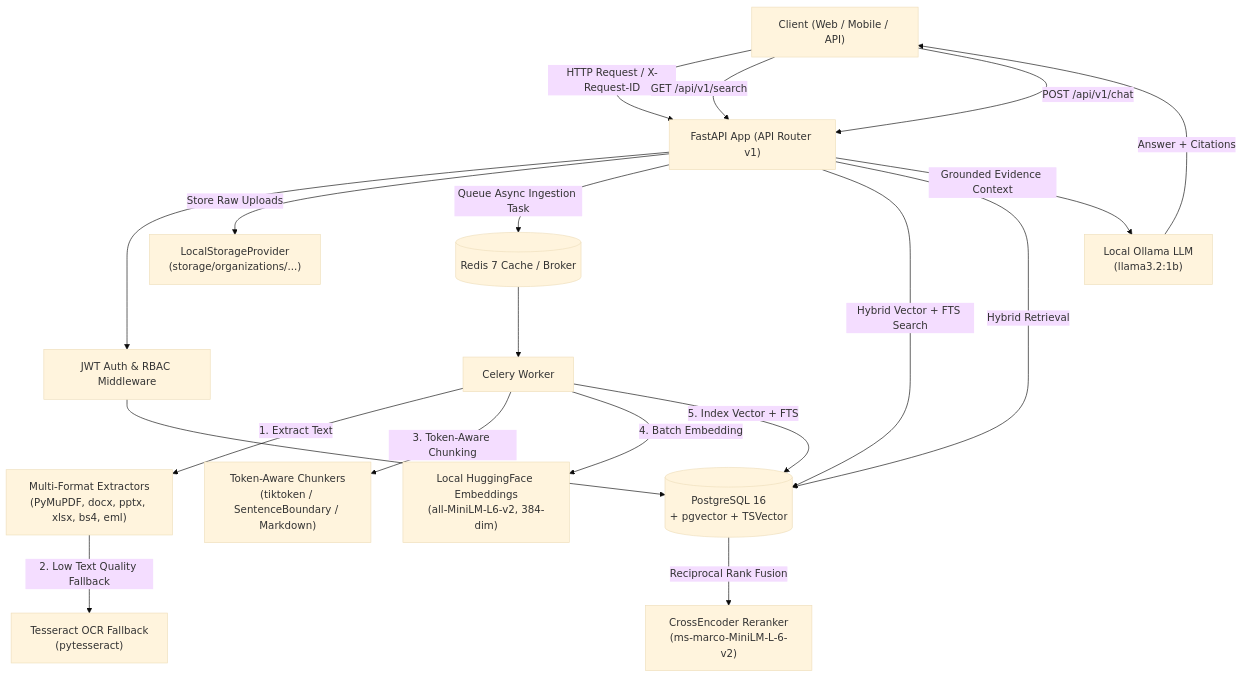
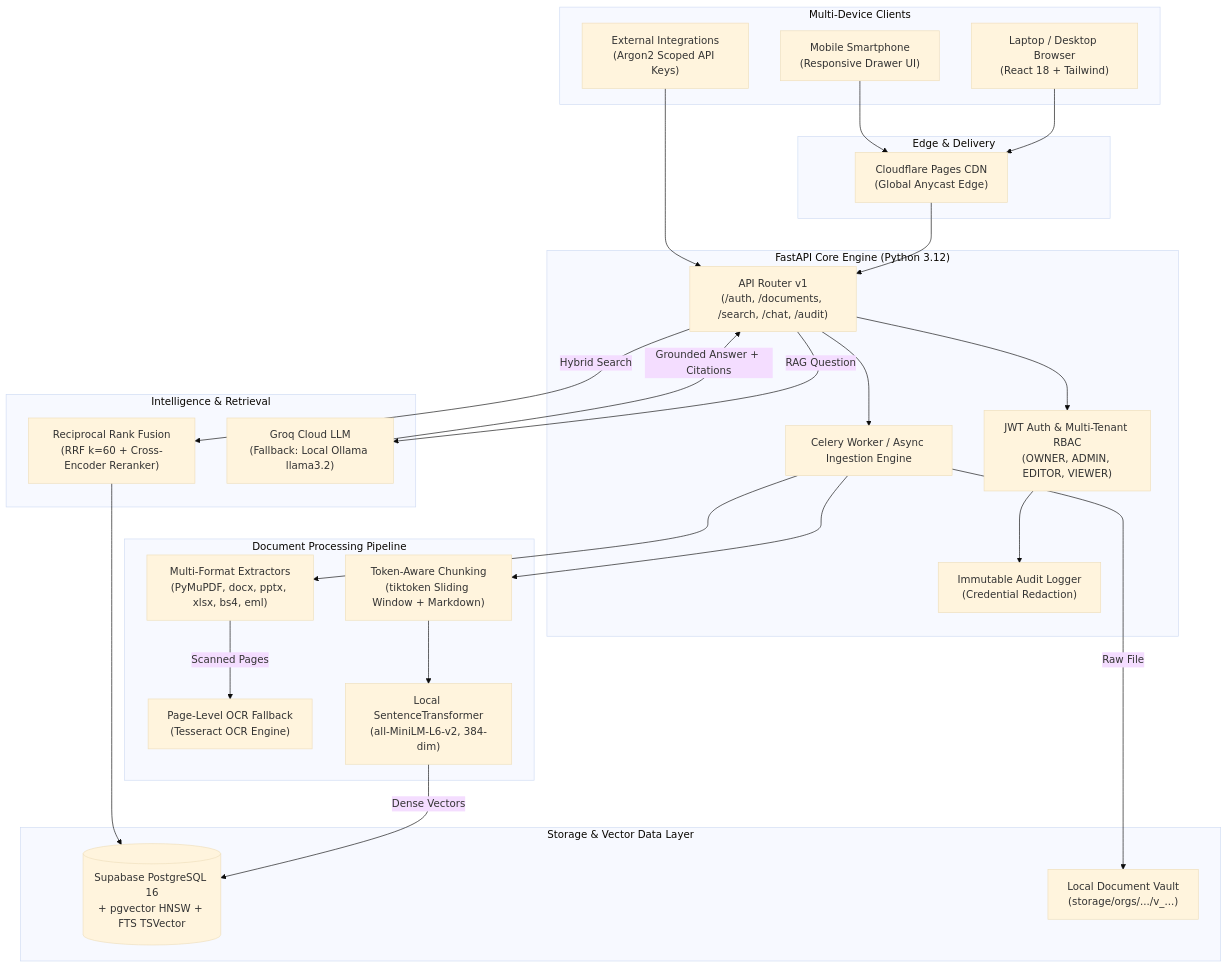
Before and after one commit to rithvikkaki/Enterprise-Document-Intelligence-Assistant: the diagram in README.md, drawn with Mermaid (base theme). The commit also changed other lines of this file and 44 other files, not shown here.

Commit message:
feat: complete Enterprise Document Intelligence Assistant with live Supabase pgvector, Groq Cloud RAG, responsive UI and E2E verification

````diff
--- a/README.md
+++ b/README.md
@@ -9,39 +27,57 @@
 ```mermaid
 flowchart TD
-    Client["Client (Web / Mobile / API)"]
-    FastAPI["FastAPI App (API Router v1)"]
-    Auth["JWT Auth & RBAC Middleware"]
-    Storage["LocalStorageProvider\n(storage/organizations/...)"]
-    DB[(PostgreSQL 16\n+ pgvector + TSVector)]
-    Redis[(Redis 7 Cache / Broker)]
-    Celery["Celery Worker"]
-    
-    Extractors["Multi-Format Extractors\n(PyMuPDF, docx, pptx, xlsx, bs4, eml)"]
-    OCR["Tesseract OCR Fallback\n(pytesseract)"]
-    Chunker["Token-Aware Chunkers\n(tiktoken / SentenceBoundary / Markdown)"]
-    Embedder["Local HuggingFace Embeddings\n(all-MiniLM-L6-v2, 384-dim)"]
-    Reranker["CrossEncoder Reranker\n(ms-marco-MiniLM-L-6-v2)"]
-    LLM["Local Ollama LLM\n(llama3.2:1b)"]
+    subgraph Clients["Multi-Device Clients"]
+        Web["Laptop / Desktop Browser\n(React 18 + Tailwind)"]
+        Mobile["Mobile Smartphone\n(Responsive Drawer UI)"]
+        API["External Integrations\n(Argon2 Scoped API Keys)"]
+    end
 
-    Client -->|HTTP Request / X-Request-ID| FastAPI
-    FastAPI --> Auth
-    Auth --> DB
-    FastAPI -->|Store Raw Uploads| Storage
-    FastAPI -->|Queue Async Ingestion Task| Redis
-    Redis --> Celery
-    
-    Celery -->|1. Extract Text| Extractors
-    Extractors -->|2. Low Text Quality Fallback| OCR
-    Celery -->|3. Token-Aware Chunking| Chunker
-    Celery -->|4. Batch Embedding| Embedder
-    Celery -->|5. Index Vector + FTS| DB
+    subgraph CDN["Edge & Delivery"]
+        CF["Cloudflare Pages CDN\n(Global Anycast Edge)"]
+    end
 
-    Client -->|GET /api/v1/search| FastAPI
-    FastAPI -->|Hybrid Vector + FTS Search| DB
-    DB -->|Reciprocal Rank Fusion| Reranker
-    
-    Client -->|POST /api/v1/chat| FastAPI
-    FastAPI -->|Hybrid Retrieval| DB
-    FastAPI -->|Grounded Evidence Context| LLM
-    LLM -->|Answer + Citations| Client
+    subgraph Backend["FastAPI Core Engine (Python 3.12)"]
+        Router["API Router v1\n(/auth, /documents, /search, /chat, /audit)"]
+        AuthMid["JWT Auth & Multi-Tenant RBAC\n(OWNER, ADMIN, EDITOR, VIEWER)"]
+        Audit["Immutable Audit Logger\n(Credential Redaction)"]
+        Worker["Celery Worker / Async Ingestion Engine"]
+    end
+
+    subgraph Processing["Document Processing Pipeline"]
+        Extractors["Multi-Format Extractors\n(PyMuPDF, docx, pptx, xlsx, bs4, eml)"]
+        OCR["Page-Level OCR Fallback\n(Tesseract OCR Engine)"]
+        Chunker["Token-Aware Chunking\n(tiktoken Sliding Window + Markdown)"]
+        Embedder["Local SentenceTransformer\n(all-MiniLM-L6-v2, 384-dim)"]
+    end
+
+    subgraph StorageEngine["Storage & Vector Data Layer"]
+        Supabase[(Supabase PostgreSQL 16\n+ pgvector HNSW + FTS TSVector)]
+        DocStore["Local Document Vault\n(storage/orgs/.../v_...)"]
+    end
+
+    subgraph AI["Intelligence & Retrieval"]
+        RRF["Reciprocal Rank Fusion\n(RRF k=60 + Cross-Encoder Reranker)"]
+        LLM["Groq Cloud LLM\n(Fallback: Local Ollama llama3.2)"]
+    end
+
+    Web --> CF
+    Mobile --> CF
+    CF --> Router
+    API --> Router
+
+    Router --> AuthMid
+    AuthMid --> Audit
+    Router --> Worker
+
+    Worker --> Extractors
+    Extractors -->|Scanned Pages| OCR
+    Worker --> Chunker
+    Chunker --> Embedder
+    Embedder -->|Dense Vectors| Supabase
+    Worker -->|Raw File| DocStore
+
+    Router -->|Hybrid Search| RRF
+    RRF --> Supabase
+    Router -->|RAG Question| LLM
+    LLM -->|Grounded Answer + Citations| Router
 ```
````
